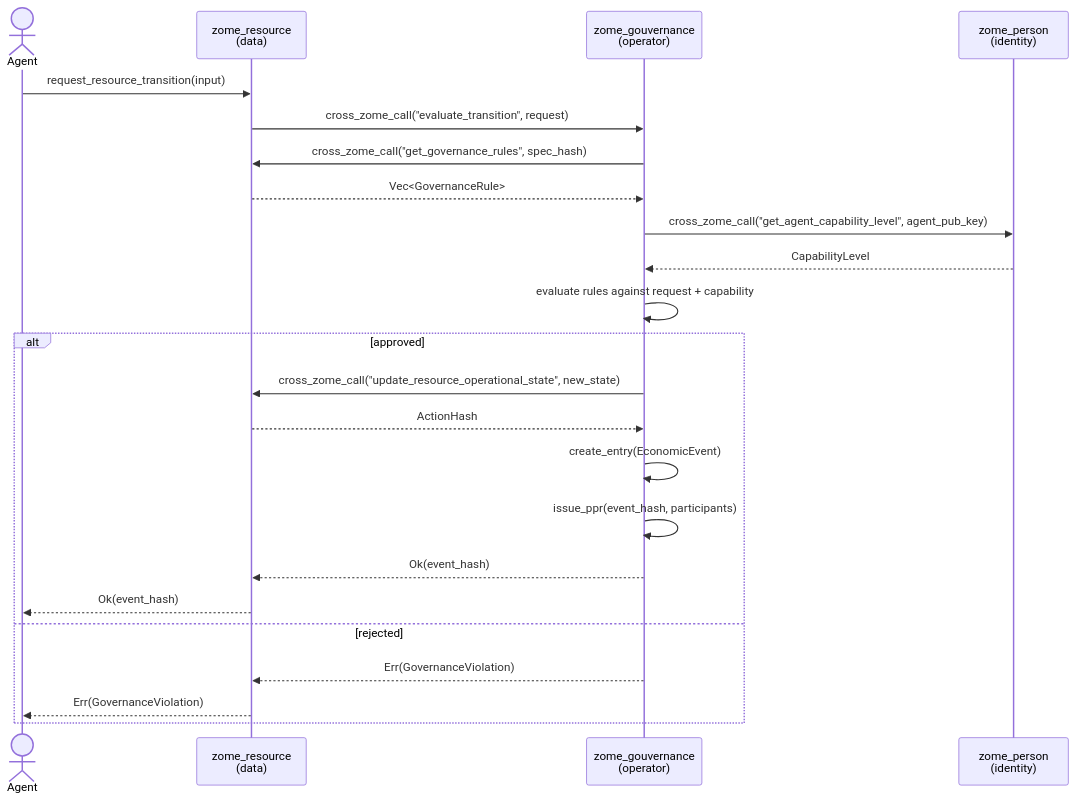
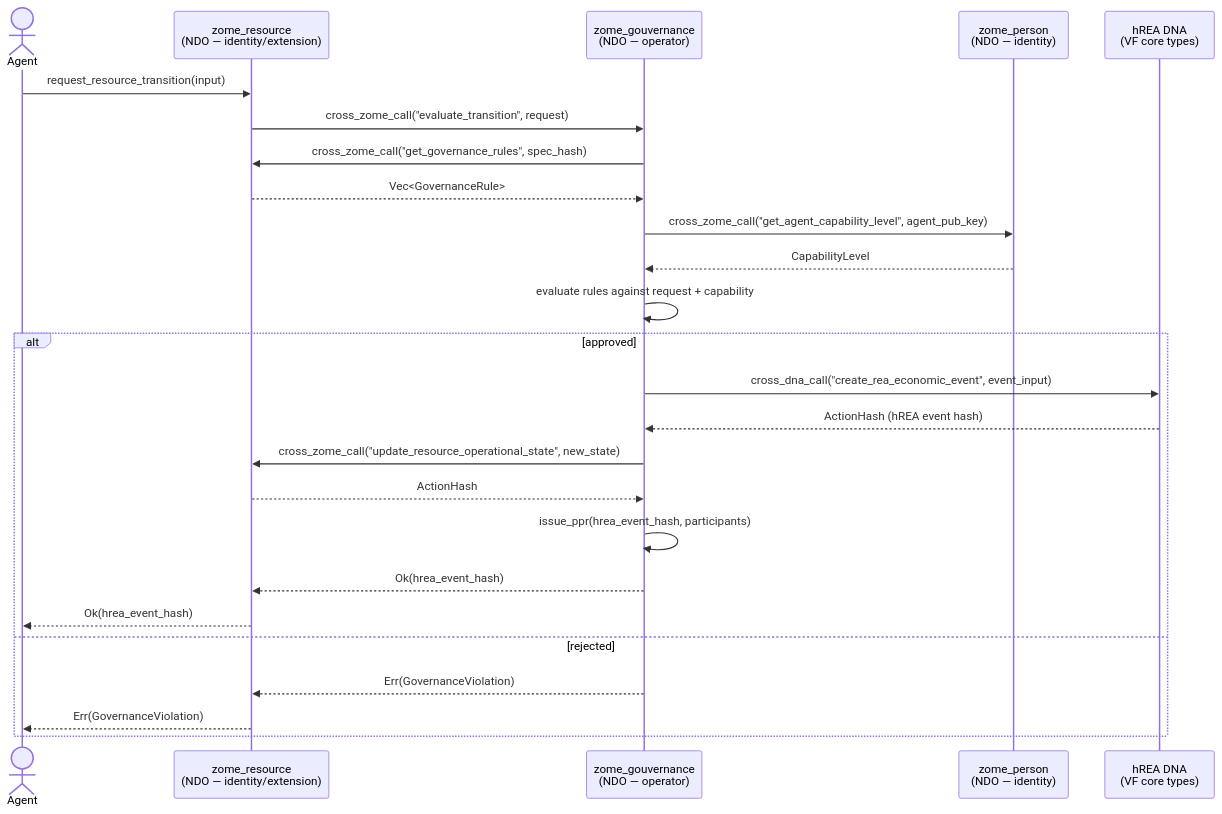
One commit to Sensorica/nondominium changed the third of 3 diagrams in documentation/specifications/ndo-v1-architecture-design.md. Above: the diagram before and after it, drawn with Mermaid. The commit also changed other lines of this file, not shown here.

First line of the commit message:
docs(architecture): reflect dual-DNA model and hREA delegation

````diff
--- a/documentation/specifications/ndo-v1-architecture-design.md
+++ b/documentation/specifications/ndo-v1-architecture-design.md
@@ -529,30 +561,32 @@
 ```mermaid
 sequenceDiagram
     actor Agent
-    participant ZR as zome_resource<br/>(data)
-    participant ZG as zome_gouvernance<br/>(operator)
-    participant ZP as zome_person<br/>(identity)
+    participant ZR as zome_resource<br/>(NDO — identity/extension)
+    participant ZG as zome_gouvernance<br/>(NDO — operator)
+    participant ZP as zome_person<br/>(NDO — identity)
+    participant HR as hREA DNA<br/>(VF core types)
 
     Agent->>ZR: request_resource_transition(input)
     ZR->>ZG: cross_zome_call("evaluate_transition", request)
 
     ZG->>ZR: cross_zome_call("get_governance_rules", spec_hash)
     ZR-->>ZG: Vec<GovernanceRule>
 
     ZG->>ZP: cross_zome_call("get_agent_capability_level", agent_pub_key)
     ZP-->>ZG: CapabilityLevel
 
     ZG->>ZG: evaluate rules against request + capability
 
     alt approved
+        ZG->>HR: cross_dna_call("create_rea_economic_event", event_input)
+        HR-->>ZG: ActionHash (hREA event hash)
         ZG->>ZR: cross_zome_call("update_resource_operational_state", new_state)
         ZR-->>ZG: ActionHash
-        ZG->>ZG: create_entry(EconomicEvent)
-        ZG->>ZG: issue_ppr(event_hash, participants)
-        ZG-->>ZR: Ok(event_hash)
-        ZR-->>Agent: Ok(event_hash)
+        ZG->>ZG: issue_ppr(hrea_event_hash, participants)
+        ZG-->>ZR: Ok(hrea_event_hash)
+        ZR-->>Agent: Ok(hrea_event_hash)
     else rejected
         ZG-->>ZR: Err(GovernanceViolation)
         ZR-->>Agent: Err(GovernanceViolation)
     end
 ```
````
